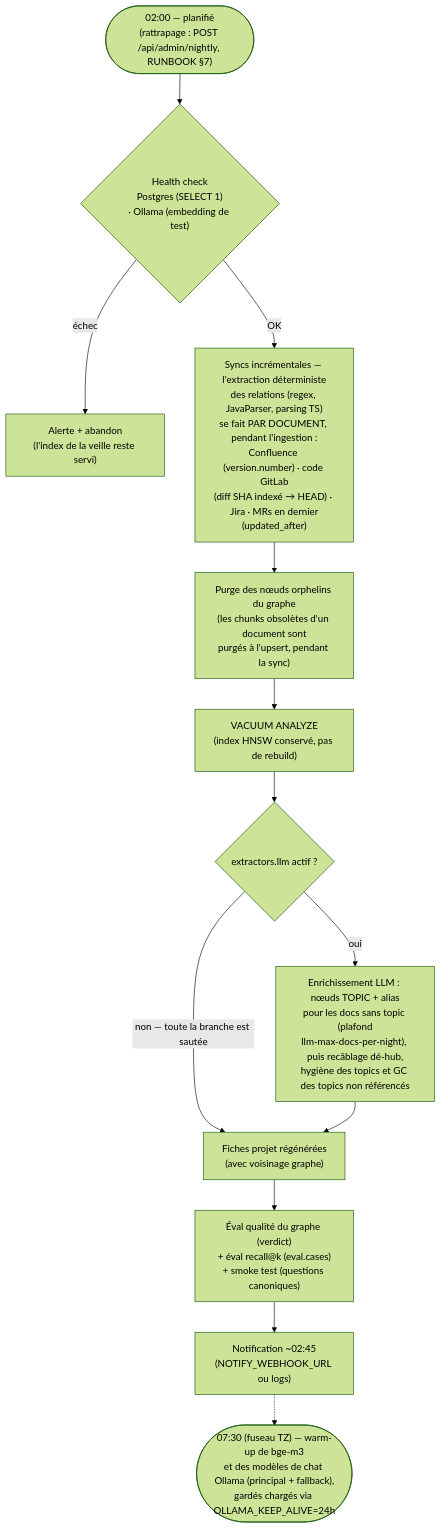
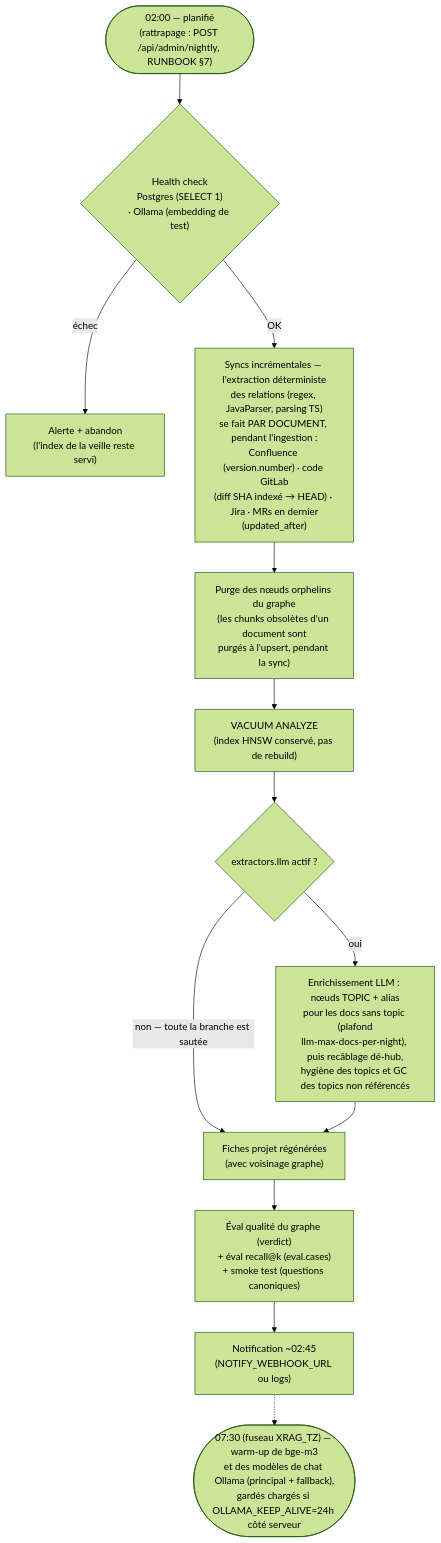
Before and after one commit to fatahbenguenna/x-rag-project-assistant: the third of 6 diagrams in docs/WORKFLOWS.md, drawn with Mermaid (forest theme). The commit also changed 14 other files, not shown here.

````diff
--- a/docs/WORKFLOWS.md
+++ b/docs/WORKFLOWS.md
@@ -61,15 +61,15 @@
 ```mermaid
 flowchart TD
     START(["02:00 — planifié<br/>(rattrapage : POST /api/admin/nightly, RUNBOOK §7)"]) --> HC{"Health check<br/>Postgres (SELECT 1)<br/>· Ollama (embedding de test)"}
     HC -->|échec| ALERT["Alerte + abandon<br/>(l'index de la veille reste servi)"]
     HC -->|OK| SYNC["Syncs incrémentales — l'extraction déterministe<br/>des relations (regex, JavaParser, parsing TS)<br/>se fait PAR DOCUMENT, pendant l'ingestion :<br/>Confluence (version.number) · code GitLab<br/>(diff SHA indexé → HEAD) · Jira · MRs en dernier<br/>(updated_after)"]
     SYNC --> PURGE["Purge des nœuds orphelins du graphe<br/>(les chunks obsolètes d'un document sont<br/>purgés à l'upsert, pendant la sync)"]
     PURGE --> VACUUM["VACUUM ANALYZE<br/>(index HNSW conservé, pas de rebuild)"]
     VACUUM --> ENRICH{"extractors.llm actif ?"}
     ENRICH -->|"oui"| LLME["Enrichissement LLM : nœuds TOPIC + alias<br/>pour les docs sans topic (plafond<br/>llm-max-docs-per-night), puis recâblage dé-hub,<br/>hygiène des topics et GC des topics non référencés"]
     ENRICH -->|"non — toute la branche est sautée"| SHEETS
     LLME --> SHEETS["Fiches projet régénérées<br/>(avec voisinage graphe)"]
     SHEETS --> QUAL["Éval qualité du graphe (verdict)<br/>+ éval recall@k (eval.cases)<br/>+ smoke test (questions canoniques)"]
     QUAL --> NOTIF["Notification ~02:45<br/>(NOTIFY_WEBHOOK_URL ou logs)"]
-    NOTIF -.-> WARM(["07:30 (fuseau TZ) — warm-up de bge-m3<br/>et des modèles de chat Ollama (principal + fallback),<br/>gardés chargés via OLLAMA_KEEP_ALIVE=24h"])
+    NOTIF -.-> WARM(["07:30 (fuseau XRAG_TZ) — warm-up de bge-m3<br/>et des modèles de chat Ollama (principal + fallback),<br/>gardés chargés si OLLAMA_KEEP_ALIVE=24h côté serveur"])
 ```
````
